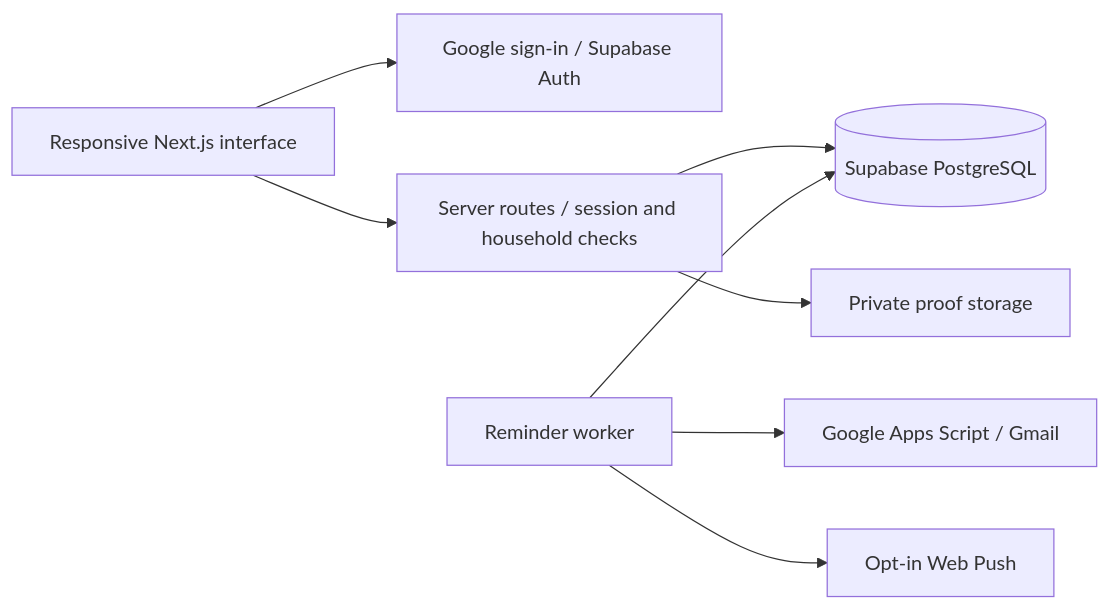
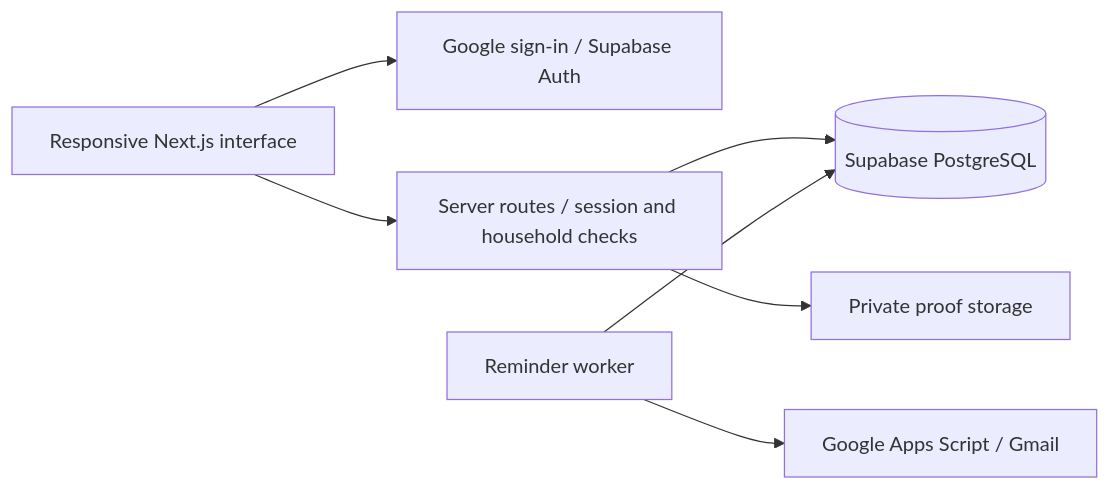
Before and after one commit to iamnajib71/housekeeping: the diagram in README.md, drawn with Mermaid. The commit also changed other lines of this file and 15 other files, not shown here.

````diff
--- a/README.md
+++ b/README.md
@@ -58,10 +57,9 @@
 ```mermaid
 flowchart LR
   Browser[Responsive Next.js interface] --> Auth[Google sign-in / Supabase Auth]
   Browser --> API[Server routes / session and household checks]
   API --> DB[(Supabase PostgreSQL)]
   API --> Storage[Private proof storage]
   Worker[Reminder worker] --> DB
   Worker --> Email[Google Apps Script / Gmail]
-  Worker --> Push[Opt-in Web Push]
 ```
````
